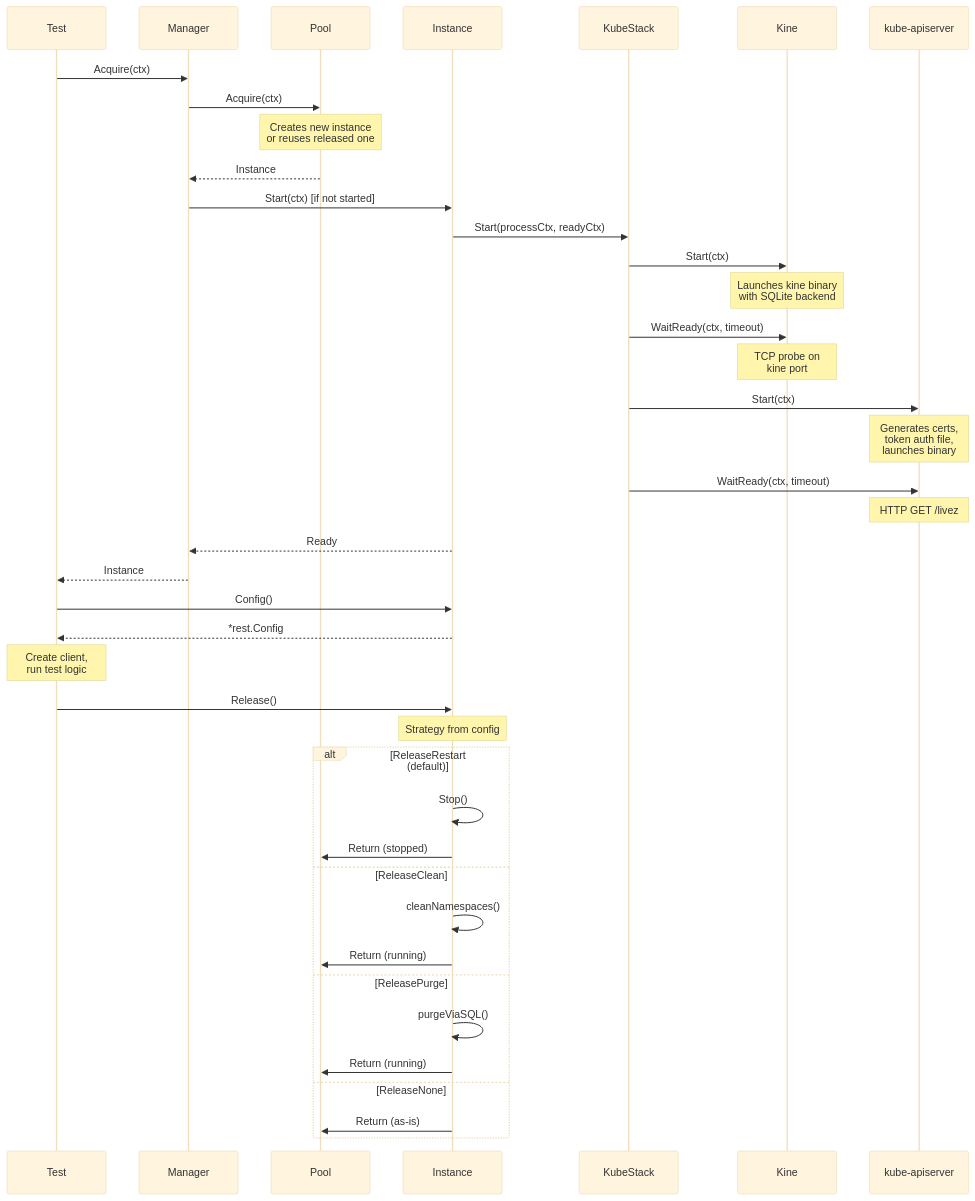
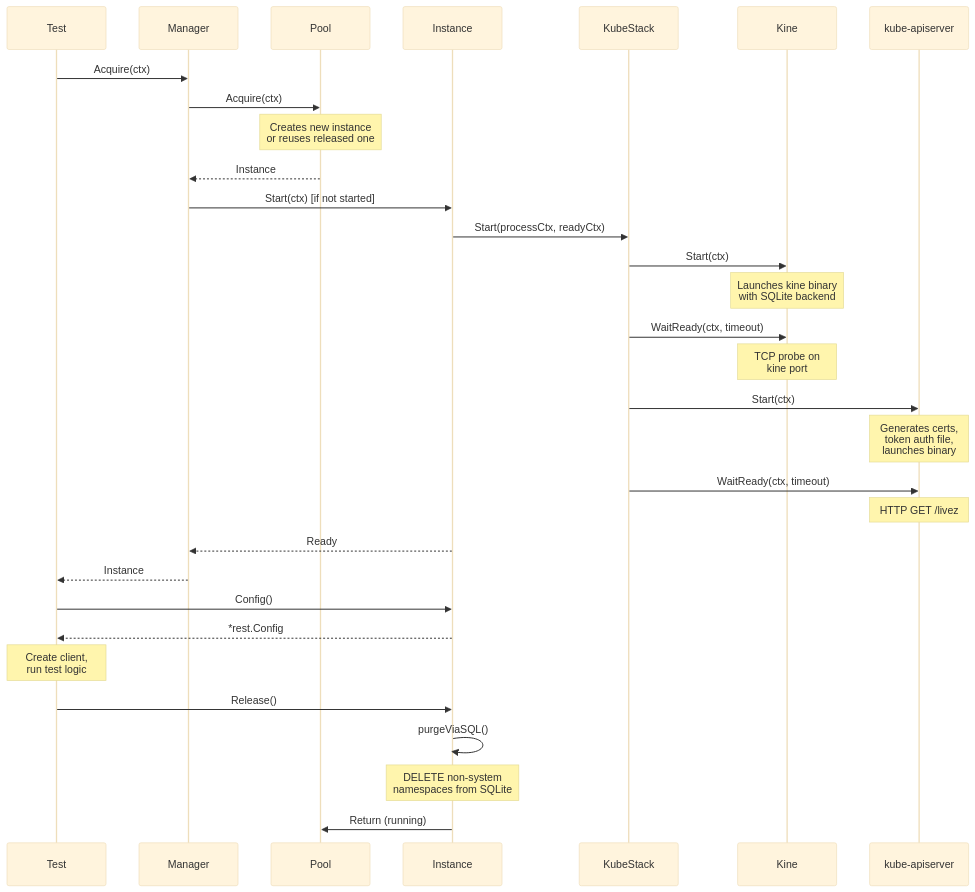
Before and after one commit to giantswarm/k8senv: the first of 3 diagrams in docs/reference/data-flow.md, drawn with Mermaid (base theme). The commit also changed other lines of this file and 6 other files, not shown here.

First line of the commit message:
docs: remove stale release strategy references

````diff
--- a/docs/reference/data-flow.md
+++ b/docs/reference/data-flow.md
@@ -7,52 +7,41 @@
 ```mermaid
 sequenceDiagram
     participant Test
     participant Manager
     participant Pool
     participant Instance
     participant Stack as KubeStack
     participant Kine
     participant APIServer as kube-apiserver
 
     Test->>Manager: Acquire(ctx)
     Manager->>Pool: Acquire(ctx)
     Note over Pool: Creates new instance<br/>or reuses released one
 
     Pool-->>Manager: Instance
     Manager->>Instance: Start(ctx) [if not started]
 
     Instance->>Stack: Start(processCtx, readyCtx)
     Stack->>Kine: Start(ctx)
     Note over Kine: Launches kine binary<br/>with SQLite backend
     Stack->>Kine: WaitReady(ctx, timeout)
     Note over Kine: TCP probe on<br/>kine port
 
     Stack->>APIServer: Start(ctx)
     Note over APIServer: Generates certs,<br/>token auth file,<br/>launches binary
     Stack->>APIServer: WaitReady(ctx, timeout)
     Note over APIServer: HTTP GET /livez
 
     Instance-->>Manager: Ready
     Manager-->>Test: Instance
 
     Test->>Instance: Config()
     Instance-->>Test: *rest.Config
 
     Note over Test: Create client,<br/>run test logic
 
     Test->>Instance: Release()
-    Note over Instance: Strategy from config
-
-    alt ReleaseRestart (default)
-        Instance->>Instance: Stop()
-        Instance->>Pool: Return (stopped)
-    else ReleaseClean
-        Instance->>Instance: cleanNamespaces()
-        Instance->>Pool: Return (running)
-    else ReleasePurge
-        Instance->>Instance: purgeViaSQL()
-        Instance->>Pool: Return (running)
-    else ReleaseNone
-        Instance->>Pool: Return (as-is)
-    end
+    Instance->>Instance: purgeViaSQL()
+    Note over Instance: DELETE non-system<br/>namespaces from SQLite
+    Instance->>Pool: Return (running)
 ```
````
